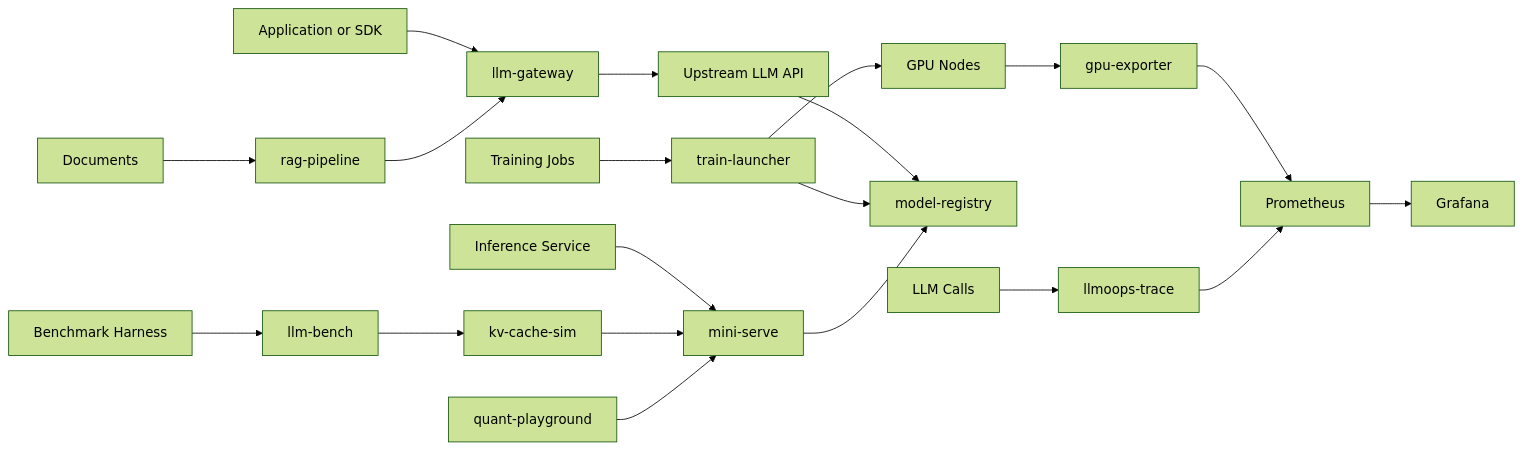
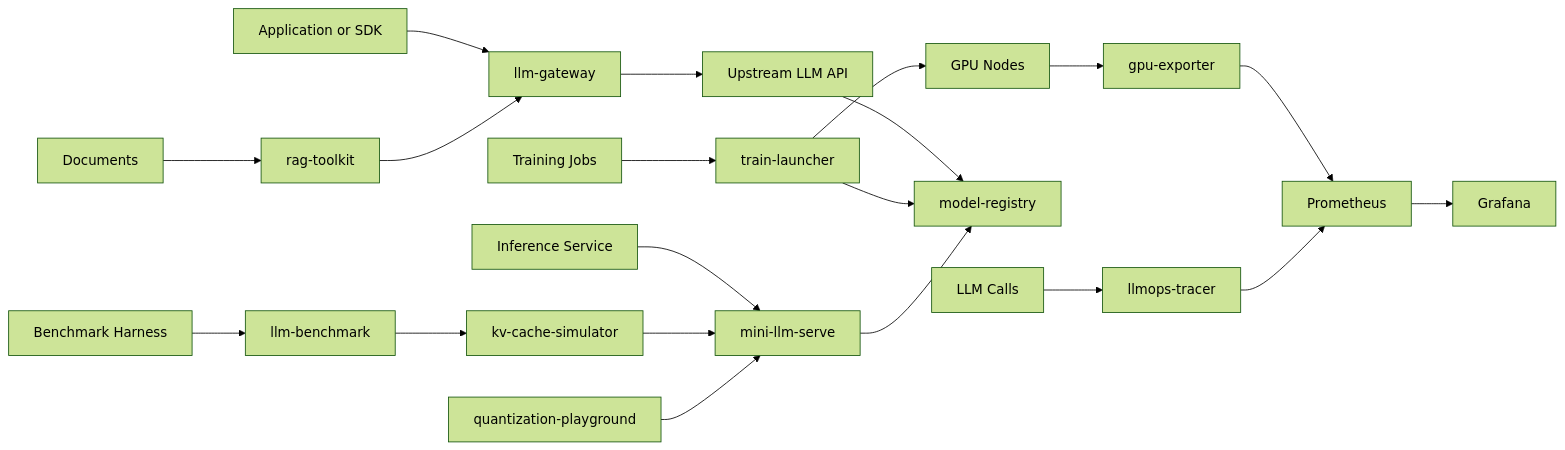
One commit to theraihanrakibb/ai-infra-portfolio changed the diagram in README.md. Above: the diagram before and after it, drawn with Mermaid (forest theme). The commit also changed other lines of this file, not shown here.

````diff
--- a/README.md
+++ b/README.md
@@ -41,22 +41,22 @@
 ```mermaid
 flowchart LR
     Dev[Application or SDK] --> GW[llm-gateway]
     GW --> Models[Upstream LLM API]
     Train[Training Jobs] --> TL[train-launcher]
     TL --> Nodes[GPU Nodes]
     Nodes --> EX[gpu-exporter]
     EX --> Prom[Prometheus]
     Prom --> Graf[Grafana]
     Models --> MR[model-registry]
     TL --> MR
-    Serve[Inference Service] --> MS[mini-serve]
+    Serve[Inference Service] --> MS[mini-llm-serve]
     MS --> MR
-    Bench[Benchmark Harness] --> LB[llm-bench]
-    LB --> KVS[kv-cache-sim]
+    Bench[Benchmark Harness] --> LB[llm-benchmark]
+    LB --> KVS[kv-cache-simulator]
     KVS --> MS
-    QP[quant-playground] --> MS
-    Trace[LLM Calls] --> OT[llmoops-trace]
+    QP[quantization-playground] --> MS
+    Trace[LLM Calls] --> OT[llmops-tracer]
     OT --> Prom
-    RAG[Documents] --> RP[rag-pipeline]
+    RAG[Documents] --> RP[rag-toolkit]
     RP --> GW
 ```
````
